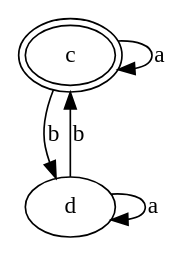
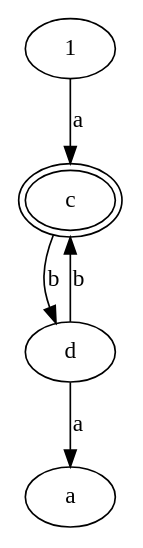
One commit to Antonio-Melo/COMP-Autoanalyze changed the diagram in dot/test2.dot. Above: the diagram before and after it, drawn with Graphviz. The commit also changed 16 other files, not shown here.

```diff
--- a/dot/test2.dot
+++ b/dot/test2.dot
@@ -1,8 +1,8 @@
 digraph G2
  {
-     c -> c [label=a];
+     1 -> c [label=a];
      c -> d [label=b];
-     d -> d [label=a];
+     d -> a [label=a];
      d -> c [label=b];
      c [peripheries=2];
  }
```
